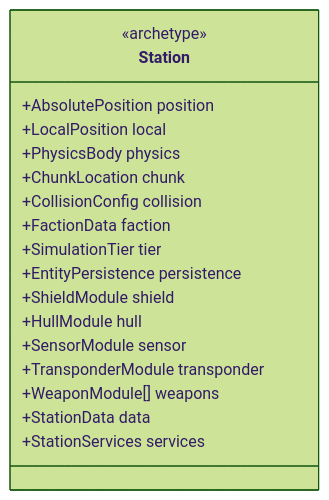
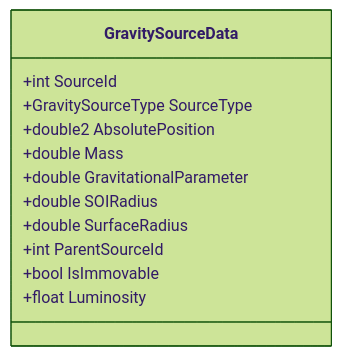
One commit to zephkelly/starfire changed the seventh of 8 diagrams in .obsidian/architecture/04-archetype-strategy.md. Above: the diagram before and after it, drawn with Mermaid (forest theme). The commit also changed other lines of this file and 27 other files, not shown here.

Commit message:
feat: update architecture docs to include modding system

````diff
--- a/.obsidian/architecture/04-archetype-strategy.md
+++ b/.obsidian/architecture/04-archetype-strategy.md
@@ -545,21 +266,15 @@
 ```mermaid
 classDiagram
-    class Station {
-        <<archetype>>
-        +AbsolutePosition position
-        +LocalPosition local
-        +PhysicsBody physics
-        +ChunkLocation chunk
-        +CollisionConfig collision
-        +FactionData faction
-        +SimulationTier tier
-        +EntityPersistence persistence
-        +ShieldModule shield
-        +HullModule hull
-        +SensorModule sensor
-        +TransponderModule transponder
-        +WeaponModule[] weapons
-        +StationData data
-        +StationServices services
+    class GravitySourceData {
+        +int SourceId
+        +GravitySourceType SourceType
+        +double2 AbsolutePosition
+        +double Mass
+        +double GravitationalParameter
+        +double SOIRadius
+        +double SurfaceRadius
+        +int ParentSourceId
+        +bool IsImmovable
+        +float Luminosity
     }
 ```
````
